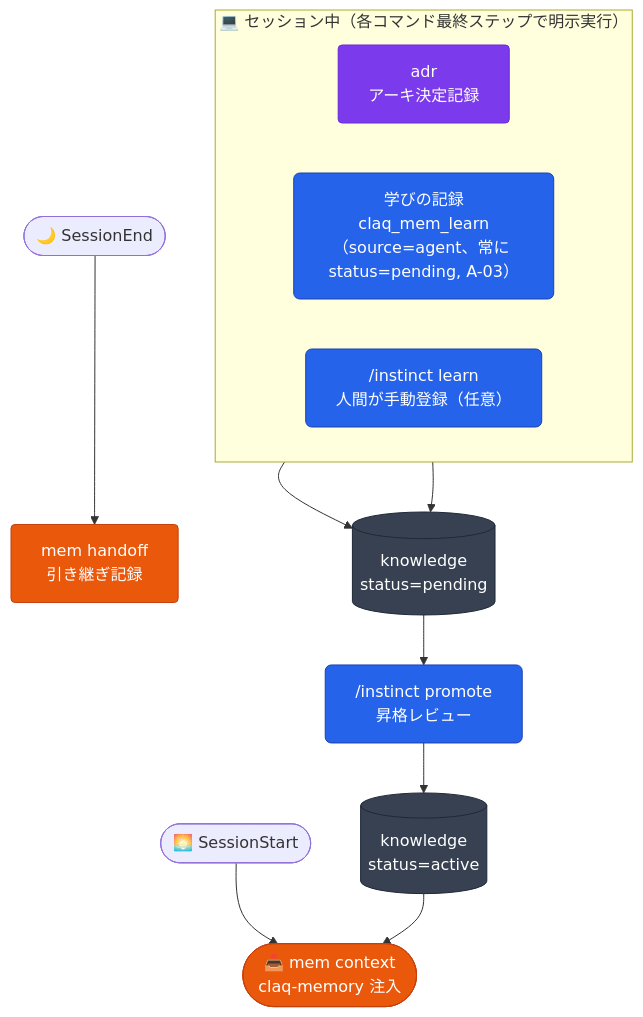
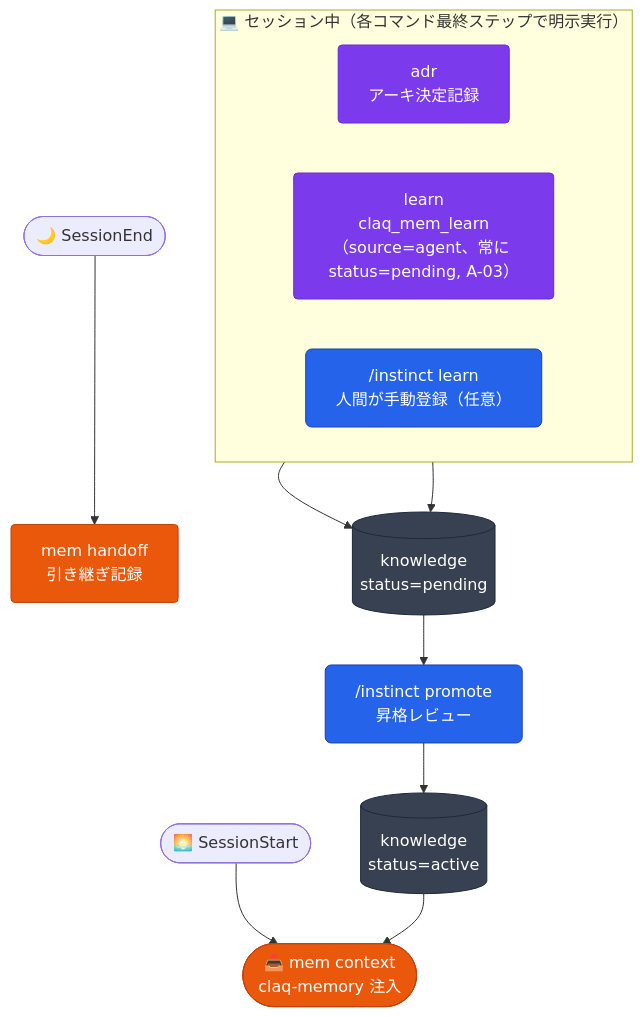
Diagram 13 of 19 in README.md (aokumablue/claq), drawn with Mermaid before and after one commit. The commit also changed other lines of this file, not shown here.

````diff
--- a/README.md
+++ b/README.md
@@ -389,25 +579,25 @@
 ```mermaid
 flowchart TD
   classDef cmd    fill:#2563eb,stroke:#1e40af,color:#fff,rx:6
   classDef auto   fill:#ea580c,stroke:#c2410c,color:#fff,rx:4
   classDef skill  fill:#7c3aed,stroke:#6d28d9,color:#fff,rx:4
   classDef store  fill:#374151,stroke:#1f2937,color:#fff,rx:4
 
   SS(["🌅 SessionStart"]) --> MC(["📥 mem context<br/>claq-memory 注入"]):::auto
 
   subgraph session["💻 セッション中（各コマンド最終ステップで明示実行）"]
     direction LR
     SAD["adr<br/>アーキ決定記録"]:::skill
-    CW["学びの記録<br/>claq_mem_learn（source=agent、常に status=pending, A-03）"]:::cmd
+    CW["learn<br/>claq_mem_learn（source=agent、常に status=pending, A-03）"]:::skill
     CA["/instinct learn<br/>人間が手動登録（任意）"]:::cmd
   end
 
   KA[("knowledge<br/>status=active")]:::store
   KA --> MC
 
   SE(["🌙 SessionEnd"]) --> SLE["mem handoff<br/>引き継ぎ記録"]:::auto
   CW --> PK[("knowledge<br/>status=pending")]:::store
   CA --> PK
   PK --> CI["/instinct promote<br/>昇格レビュー"]:::cmd
   CI --> KA
 ```
````
